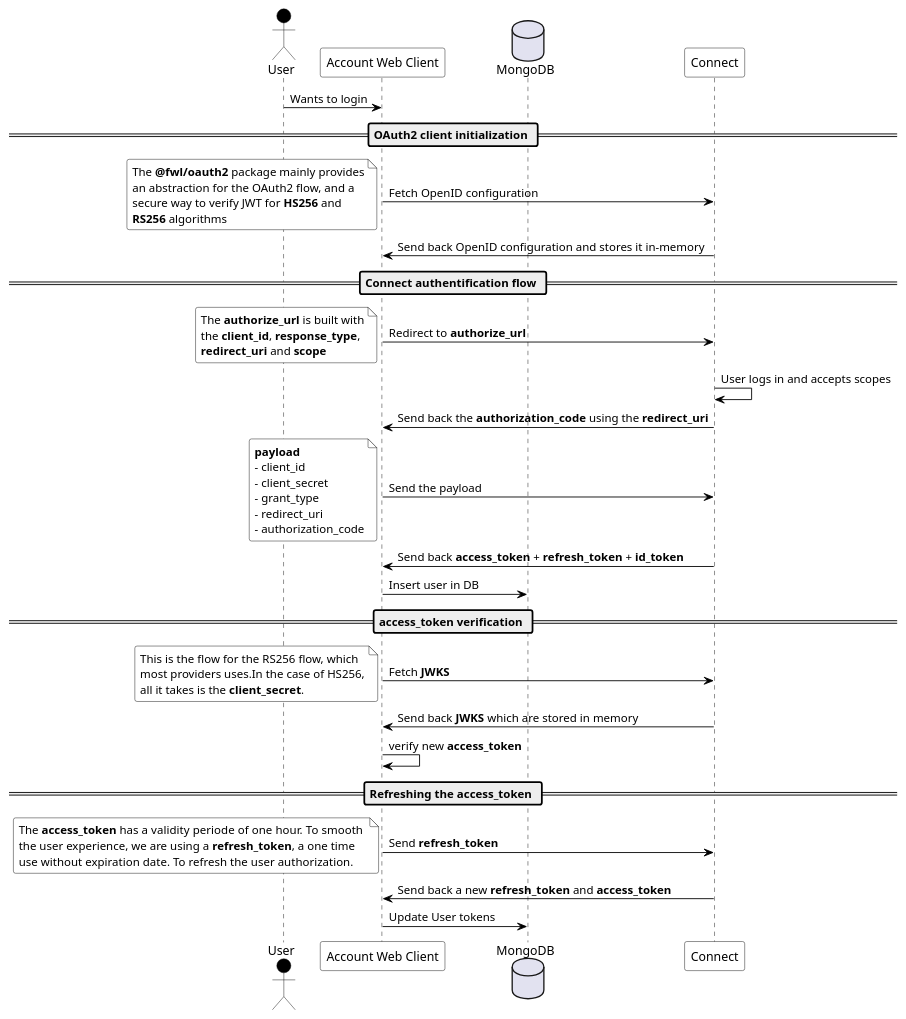
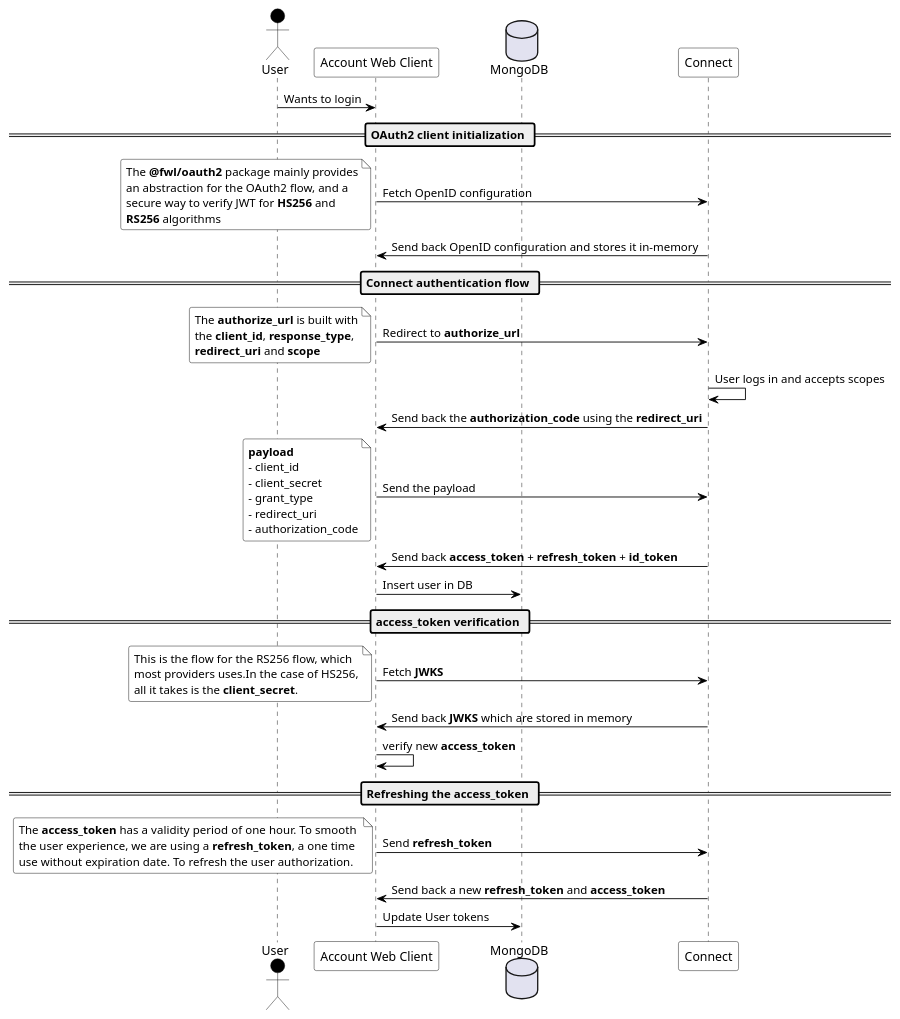
The first of 3 diagrams in doc/flows.puml (fewlinesco/connect-account), drawn with PlantUML before and after one commit. The commit also changed 1 other file, not shown here.

```diff
--- a/doc/flows.puml
+++ b/doc/flows.puml
@@ -10,87 +10,87 @@
 @startuml
 
 skinparam NoteBackgroundColor #fff
 skinparam NoteBorderColor #000
 
 skinparam sequence {
 	ArrowColor #000
 	ActorBorderColor #000
 
 	LifeLineBorderColor #000
 	LifeLineBackgroundColor #000
 
 	ParticipantBorderColor #000
 	ParticipantBackgroundColor #fff
 	ParticipantFontColor #000
 
 	ActorBackgroundColor #000
 	ActorFontColor #000
 
         NoteBorderColor #000
 }
 
 skinparam roundcorner 5
 
 actor User                         as user
 participant "Account Web Client"   as account
 database MongoDB                   as mongo
 participant "Connect"              as connect
 
 user -> account : Wants to login
 
 == OAuth2 client initialization ==
 
 account -> connect : Fetch OpenID configuration
 note left
 The **@fwl/oauth2** package mainly provides
 an abstraction for the OAuth2 flow, and a
 secure way to verify JWT for **HS256** and
 **RS256** algorithms
 end note
 connect -> account : Send back OpenID configuration and stores it in-memory
 
-== Connect authentification flow ==
+== Connect authentication flow ==
 
 account -> connect : Redirect to **authorize_url**
 note left
 The **authorize_url** is built with
 the **client_id**, **response_type**,
 **redirect_uri** and **scope**
 end note
 connect -> connect : User logs in and accepts scopes
 connect -> account : Send back the **authorization_code** using the **redirect_uri**
 account -> connect : Send the payload
 note left
 **payload**
 - client_id
 - client_secret
 - grant_type
 - redirect_uri
 - authorization_code
 end note
 connect -> account : Send back **access_token** + **refresh_token** + **id_token**
 account -> mongo : Insert user in DB
 
 == access_token verification ==
 
 account -> connect : Fetch **JWKS**
 note left
 This is the flow for the RS256 flow, which
 most providers uses.In the case of HS256,
 all it takes is the **client_secret**.
 end note
 connect -> account : Send back **JWKS** which are stored in memory
 account -> account : verify new **access_token**
 
 == Refreshing the access_token ==
 
 account -> connect : Send **refresh_token**
 note left
-The **access_token** has a validity periode of one hour. To smooth 
+The **access_token** has a validity period of one hour. To smooth 
 the user experience, we are using a **refresh_token**, a one time
 use without expiration date. To refresh the user authorization.
 end note
 connect -> account : Send back a new **refresh_token** and **access_token**
 account -> mongo : Update User tokens
 
 @enduml
```
